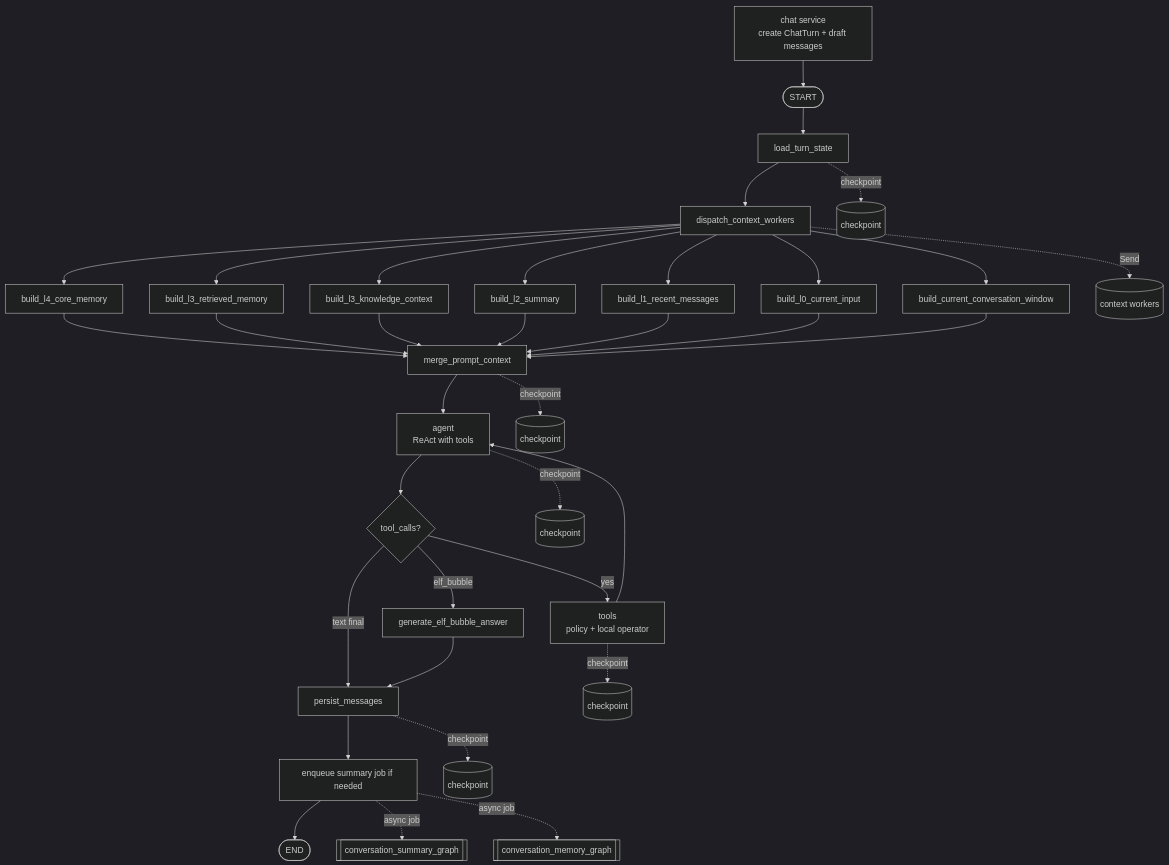
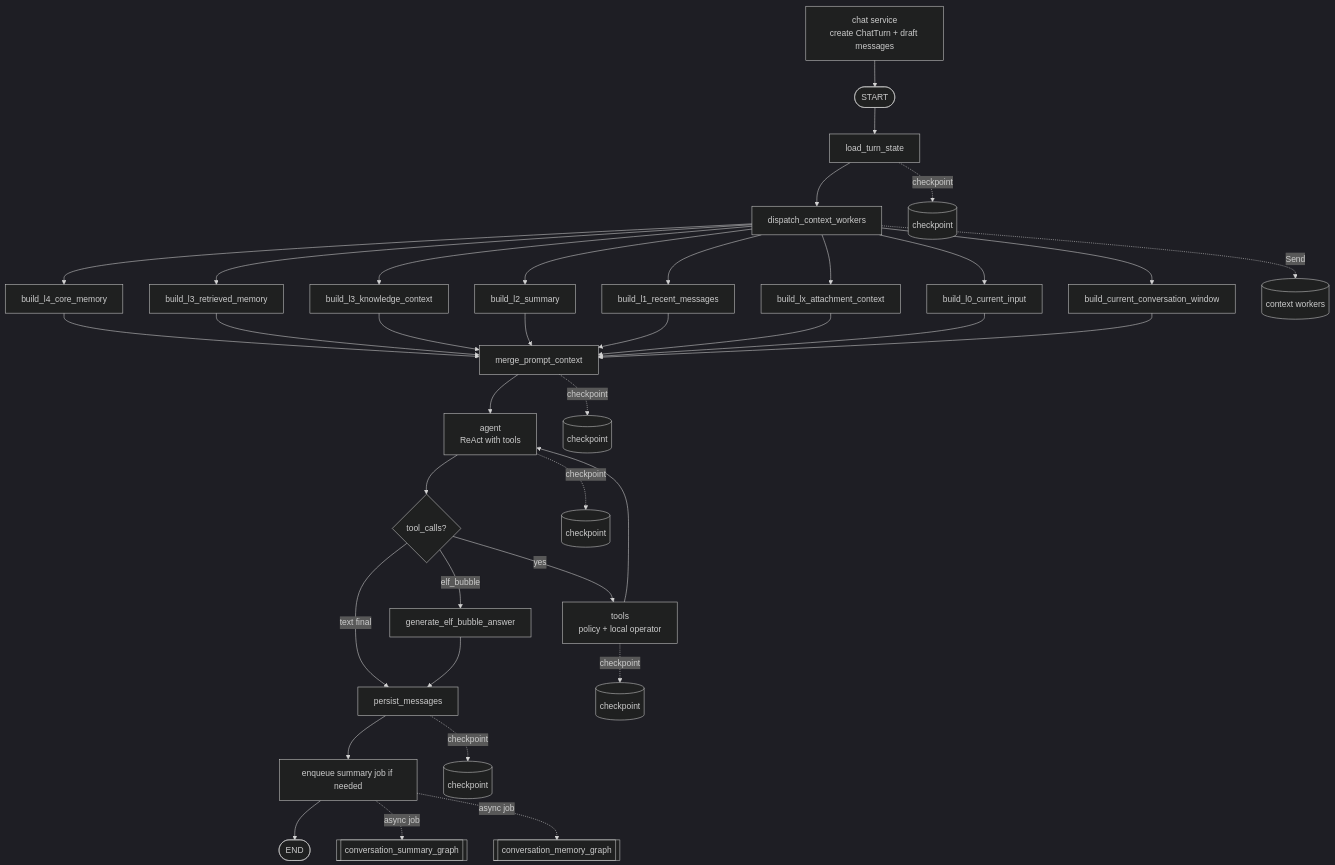
Before and after one commit to LiuJiaxuan1024/AiMemo: the first of 5 diagrams in docs/agent/memory-chat-graph.md, drawn with Mermaid (dark theme). The commit also changed other lines of this file and 28 other files, not shown here.

````diff
--- a/docs/agent/memory-chat-graph.md
+++ b/docs/agent/memory-chat-graph.md
@@ -23,38 +23,40 @@
 ```mermaid
 flowchart TD
     Precreate[chat service<br/>create ChatTurn + draft messages] --> Start([START])
     Start([START]) --> Load[load_turn_state]
     Load --> Dispatch[dispatch_context_workers]
     Dispatch --> L4[build_l4_core_memory]
     Dispatch --> L3[build_l3_retrieved_memory]
     Dispatch --> K3[build_l3_knowledge_context]
     Dispatch --> L2[build_l2_summary]
     Dispatch --> L1[build_l1_recent_messages]
+    Dispatch --> LX[build_lx_attachment_context]
     Dispatch --> L0[build_l0_current_input]
     Dispatch --> Window[build_current_conversation_window]
     L4 --> Merge[merge_prompt_context]
     L3 --> Merge
     K3 --> Merge
     L2 --> Merge
     L1 --> Merge
+    LX --> Merge
     L0 --> Merge
     Window --> Merge
     Merge --> Agent[agent<br/>ReAct with tools]
     Agent --> Route{tool_calls?}
     Route -->|yes| Tools[tools<br/>policy + local operator]
     Tools --> Agent
     Route -->|text final| Persist[persist_messages]
     Route -->|elf_bubble| BubbleGenerate[generate_elf_bubble_answer]
     BubbleGenerate --> Persist
     Persist --> MaybeSummary[enqueue summary job if needed]
     MaybeSummary --> End([END])
     MaybeSummary -. async job .-> SummaryGraph[[conversation_summary_graph]]
     MaybeSummary -. async job .-> MemoryGraph[[conversation_memory_graph]]
 
     Load -. checkpoint .-> CP1[(checkpoint)]
     Dispatch -. Send .-> Workers[(context workers)]
     Merge -. checkpoint .-> CP2[(checkpoint)]
     Agent -. checkpoint .-> CP3[(checkpoint)]
     Tools -. checkpoint .-> CP4[(checkpoint)]
     Persist -. checkpoint .-> CP5[(checkpoint)]
 ```
````
